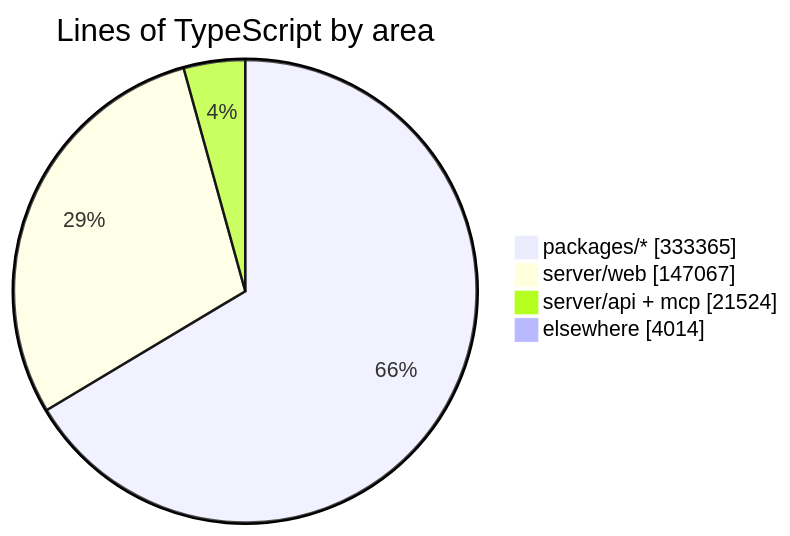
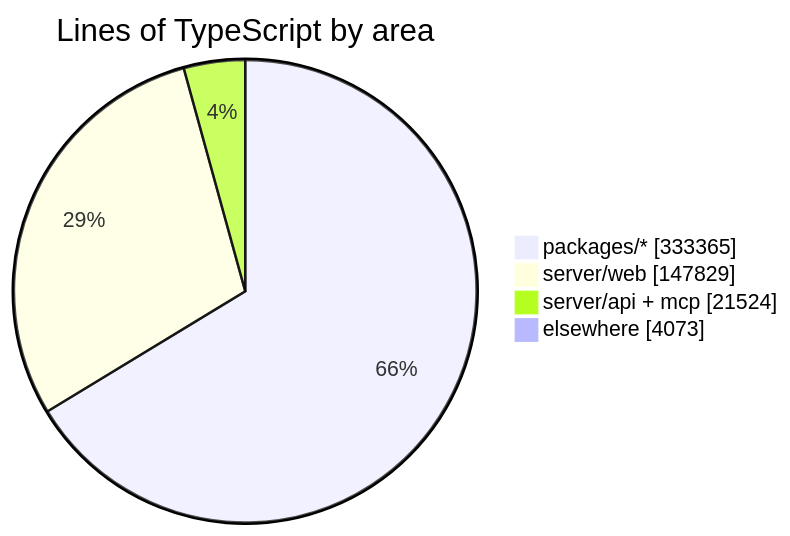
One commit to crossworks-engineering/mantle changed the diagram in README.md. Above: the diagram before and after it, drawn with Mermaid. The commit also changed other lines of this file and 2 other files, not shown here.

````diff
--- a/README.md
+++ b/README.md
@@ -294,7 +294,7 @@
 ```mermaid
 pie showData title Lines of TypeScript by area
     "packages/*" : 333365
-    "server/web" : 147067
+    "server/web" : 147829
     "server/api + mcp" : 21524
-    "elsewhere" : 4014
+    "elsewhere" : 4073
 ```
````
